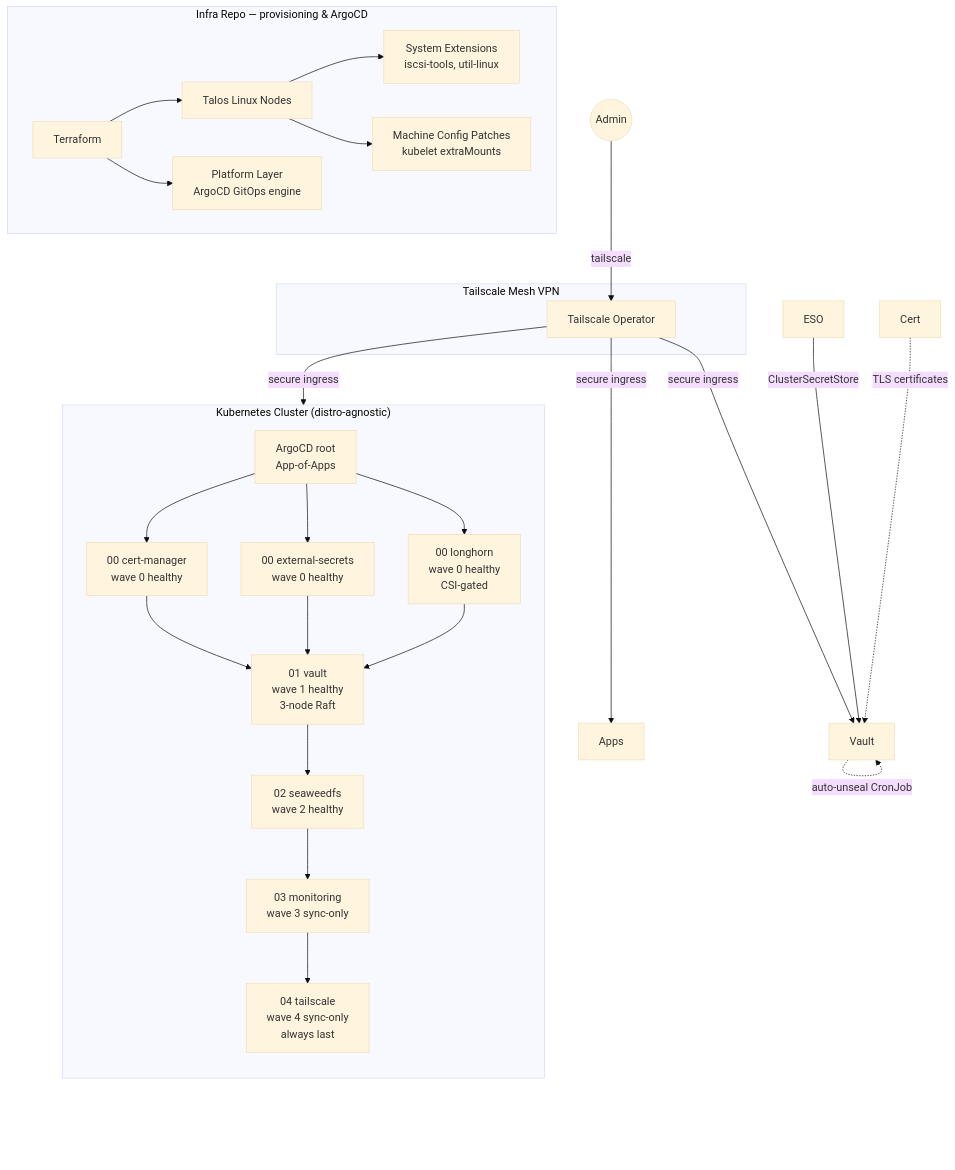
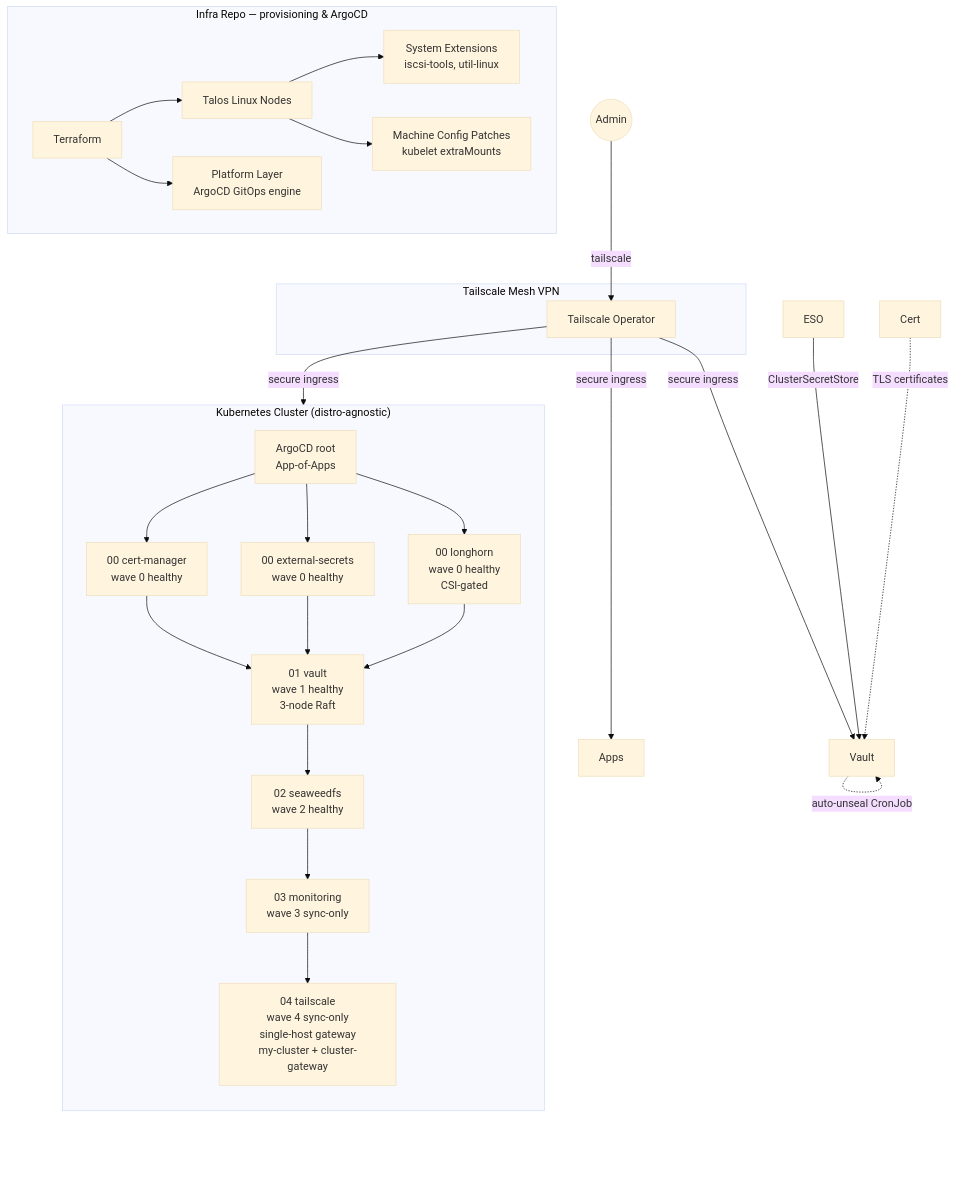
The diagram in README.md (Seom88/secured-gitops-tailscale-homelab), drawn with Mermaid (base theme) before and after one commit. The commit also changed other lines of this file and 32 other files, not shown here.

First line of the commit message:
feat(tailscale): implement single-host gateway with path-based ingress routing

````diff
--- a/README.md
+++ b/README.md
@@ -77,45 +77,45 @@
 ```mermaid
 graph TD
     subgraph "Infra Repo — provisioning & ArgoCD"
         TF[Terraform]
         TALOS[Talos Linux Nodes]
         EXT[System Extensions<br/>iscsi-tools, util-linux]
         PATCH[Machine Config Patches<br/>kubelet extraMounts]
         PLATFORM[Platform Layer<br/>ArgoCD GitOps engine]
         TF --> TALOS
         TALOS --> EXT
         TALOS --> PATCH
         TF --> PLATFORM
     end
 
     subgraph "Tailscale Mesh VPN"
         TS[Tailscale Operator]
     end
 
     subgraph "Kubernetes Cluster (distro-agnostic)"
         direction TB
         ROOT[ArgoCD root<br/>App-of-Apps]
         W0A[00 cert-manager<br/>wave 0 healthy]
         W0B[00 external-secrets<br/>wave 0 healthy]
         W0C[00 longhorn<br/>wave 0 healthy<br/>CSI-gated]
         W1[01 vault<br/>wave 1 healthy<br/>3-node Raft]
         W2[02 seaweedfs<br/>wave 2 healthy]
         W3[03 monitoring<br/>wave 3 sync-only]
-        W4[04 tailscale<br/>wave 4 sync-only<br/>always last]
+        W4[04 tailscale<br/>wave 4 sync-only<br/>single-host gateway<br/>my-cluster + cluster-gateway]
 
         ROOT --> W0A & W0B & W0C
         W0A & W0B & W0C --> W1
         W1 --> W2
         W2 --> W3
         W3 --> W4
     end
 
     User((Admin)) -->|tailscale| TS
     TS -->|secure ingress| ROOT
     TS -->|secure ingress| Vault
     TS -->|secure ingress| Apps
 
     ESO -->|ClusterSecretStore| Vault
     Vault -.->|auto-unseal CronJob| Vault
     Cert -.->|TLS certificates| Vault
 ```
````
